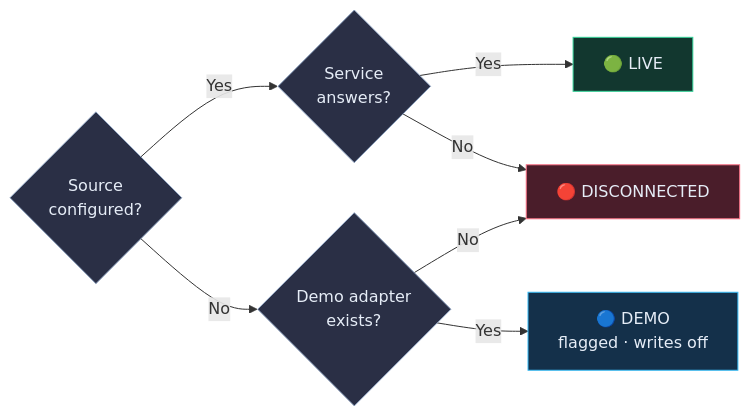
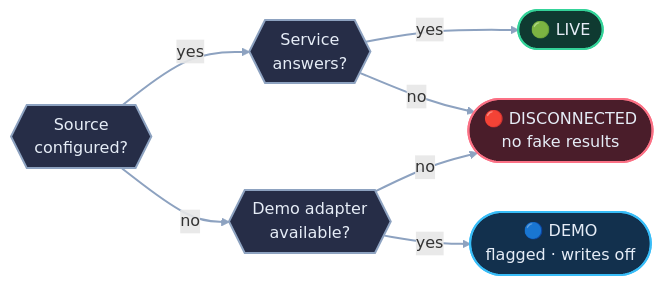
Before and after one commit to armaans-29/MCP-Integrated-Supply-Chain-Risk-Intelligence-Decision-Support-System: the third of 3 diagrams in README.md, drawn with Mermaid. The commit also changed other lines of this file, not shown here.

````diff
--- a/README.md
+++ b/README.md
@@ -181,18 +275,22 @@
 ```mermaid
 flowchart LR
-    A{"Source<br/>configured?"} -->|Yes| B{"Service<br/>answers?"}
-    A -->|No| C{"Demo adapter<br/>exists?"}
-    B -->|Yes| L["🟢 LIVE"]
-    B -->|No| X["🔴 DISCONNECTED"]
-    C -->|Yes| D["🔵 DEMO<br/>flagged · writes off"]
-    C -->|No| X
+    A{{"Source<br/>configured?"}}:::q
+    B{{"Service<br/>answers?"}}:::q
+    C{{"Demo adapter<br/>available?"}}:::q
+    L(["🟢 LIVE"]):::live
+    D(["🔵 DEMO<br/>flagged · writes off"]):::demo
+    X(["🔴 DISCONNECTED<br/>no fake results"]):::off
 
-    classDef live fill:#12372f,stroke:#34d399,color:#e6edf7
-    classDef demo fill:#14304a,stroke:#38bdf8,color:#e6edf7
-    classDef off fill:#4a1d2a,stroke:#fb7185,color:#e6edf7
-    classDef q fill:#2a2f45,stroke:#8da2c0,color:#e6edf7
-    class L live
-    class D demo
-    class X off
-    class A,B,C q
+    A -->|yes| B
+    A -->|no| C
+    B -->|yes| L
+    B -->|no| X
+    C -->|yes| D
+    C -->|no| X
+
+    classDef q fill:#262d47,stroke:#8da2c0,stroke-width:2px,color:#e6edf7
+    classDef live fill:#0f3a31,stroke:#34d399,stroke-width:2px,color:#e6edf7
+    classDef demo fill:#12304d,stroke:#38bdf8,stroke-width:2px,color:#e6edf7
+    classDef off fill:#4a1d2a,stroke:#fb7185,stroke-width:2px,color:#e6edf7
+    linkStyle default stroke:#8da2c0,stroke-width:2px
 ```
````
